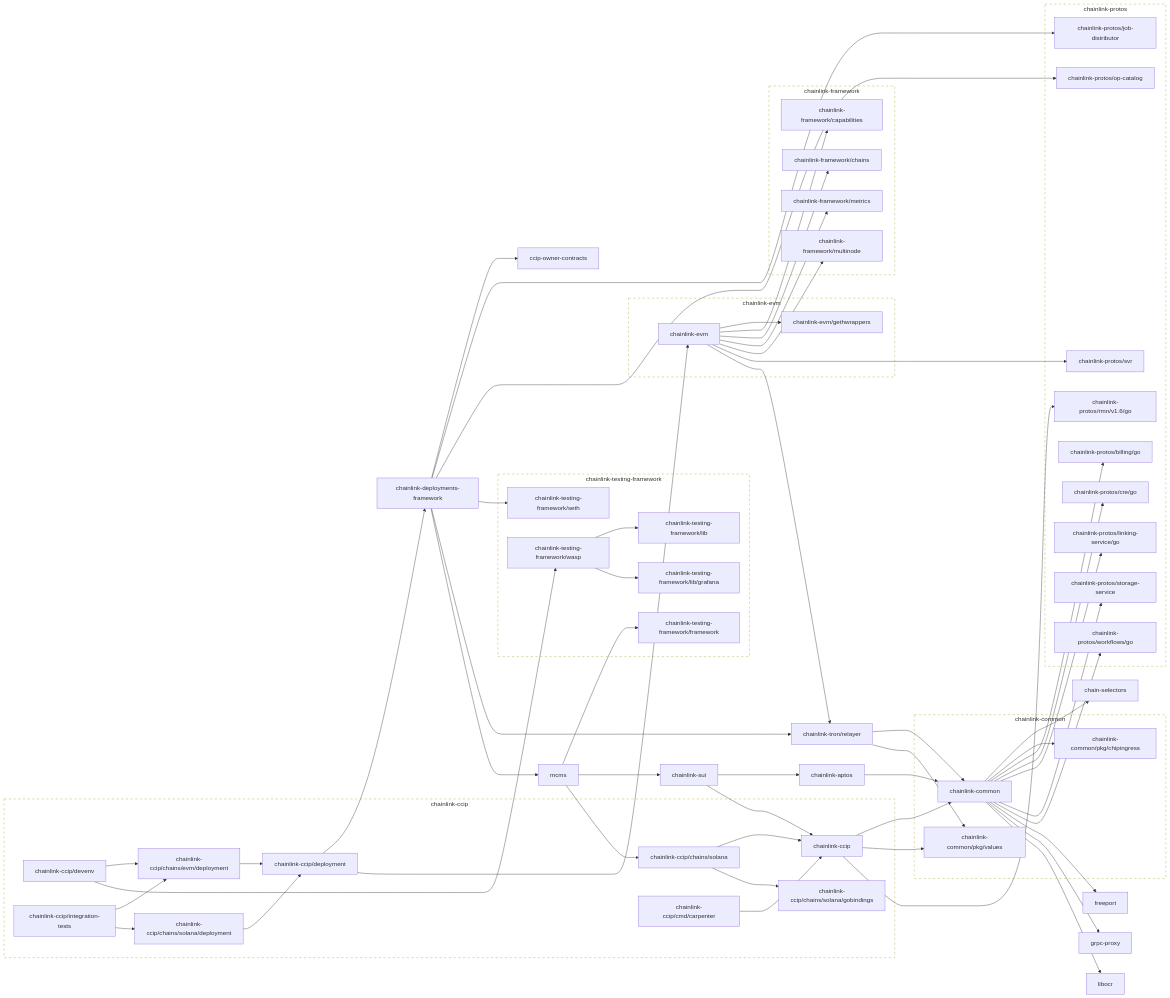
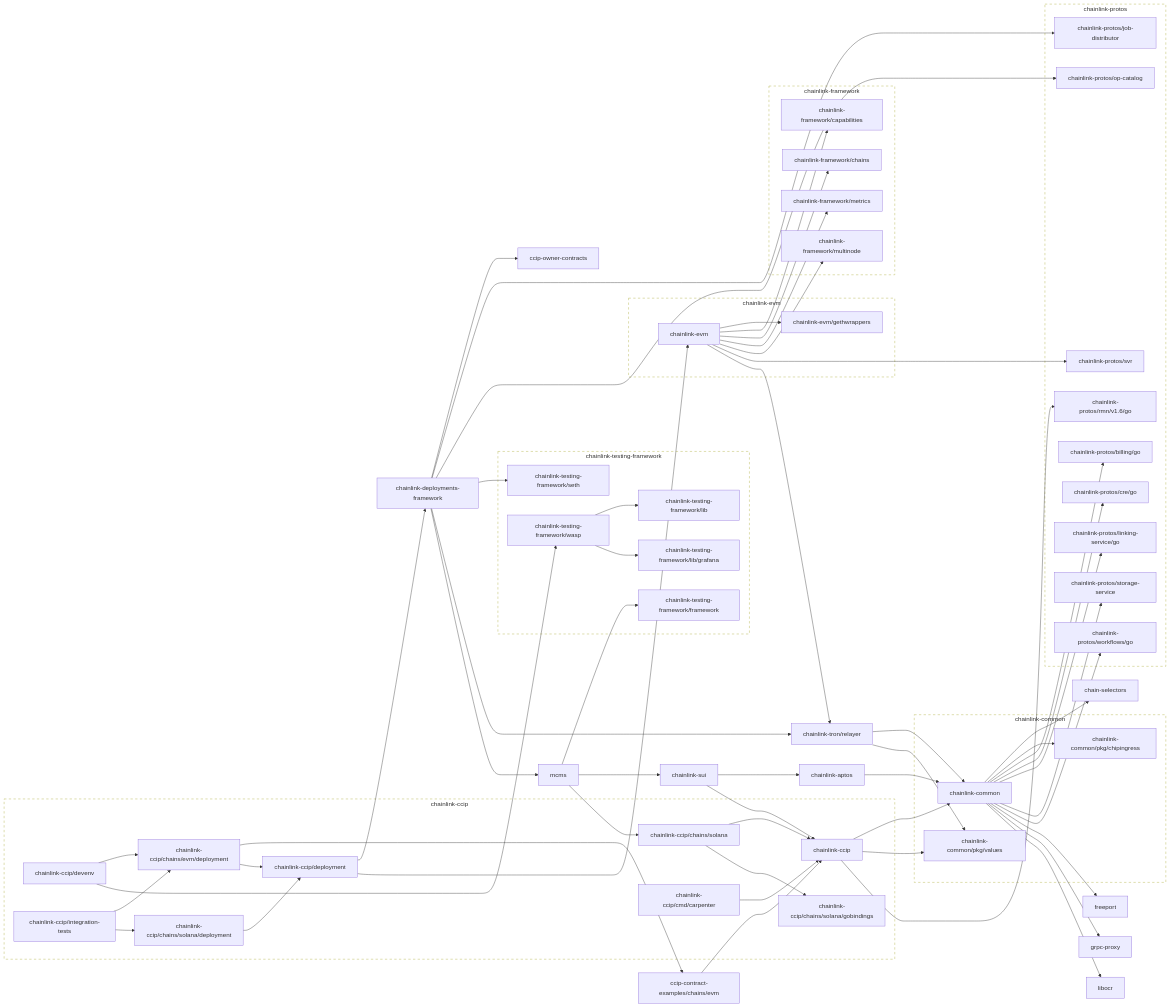
Before and after one commit to smartcontractkit/chainlink-ccip: the second of 2 diagrams in go.md, drawn with Mermaid.

Commit message:
modgraph

````diff
--- a/go.md
+++ b/go.md
@@ -59,6 +59,8 @@
 ```mermaid
 flowchart LR
 
+	ccip-contract-examples/chains/evm --> chainlink-ccip
+	click ccip-contract-examples/chains/evm href "https://github.com/smartcontractkit/ccip-contract-examples"
 	ccip-owner-contracts
 	click ccip-owner-contracts href "https://github.com/smartcontractkit/ccip-owner-contracts"
 	chain-selectors
@@ -69,6 +71,7 @@
 	chainlink-ccip --> chainlink-common/pkg/values
 	chainlink-ccip --> chainlink-protos/rmn/v1.6/go
 	click chainlink-ccip href "https://github.com/smartcontractkit/chainlink-ccip"
+	chainlink-ccip/chains/evm/deployment --> ccip-contract-examples/chains/evm
 	chainlink-ccip/chains/evm/deployment --> chainlink-ccip/deployment
 	click chainlink-ccip/chains/evm/deployment href "https://github.com/smartcontractkit/chainlink-ccip"
 	chainlink-ccip/chains/solana --> chainlink-ccip
````
